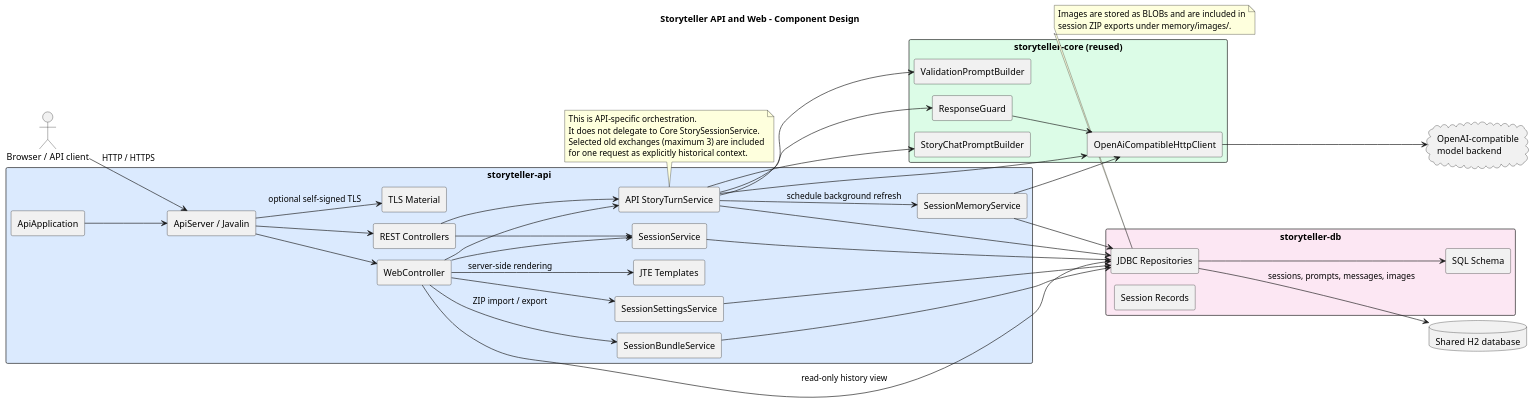
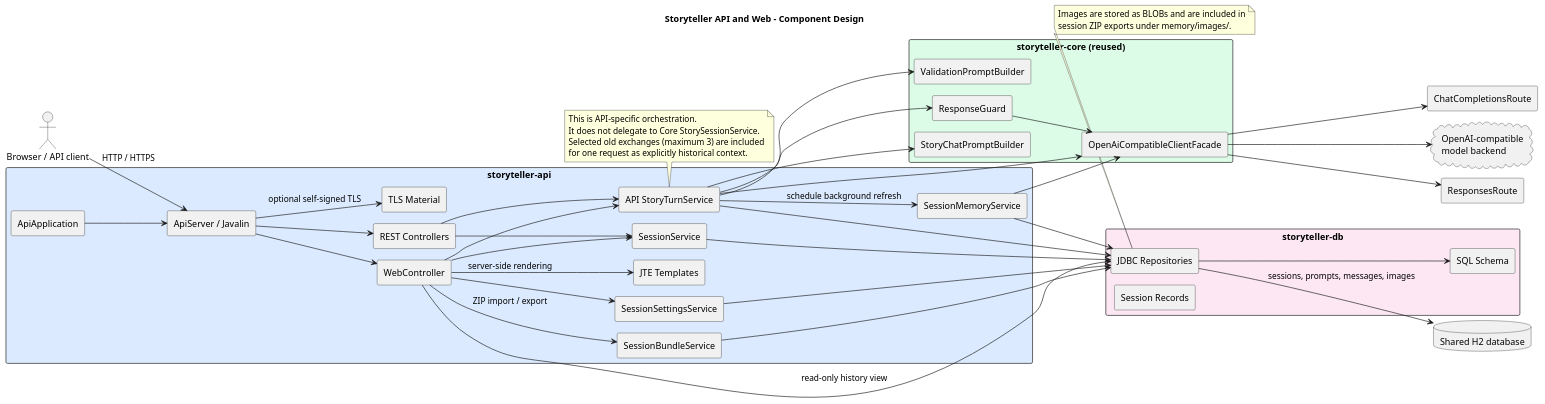
One commit to jbrugman/Assistant changed the diagram in docs/architecture/api/component-design.puml. Above: the diagram before and after it, drawn with PlantUML. The commit also changed 21 other files, not shown here.

Commit message:
Added a Responses-first OpenAI-compatible facade

```diff
--- a/docs/architecture/api/component-design.puml
+++ b/docs/architecture/api/component-design.puml
@@ -1,82 +1,84 @@
 @startuml
 !pragma layout smetana
 title Storyteller API and Web - Component Design
 
 left to right direction
 skinparam shadowing false
 skinparam componentStyle rectangle
 skinparam packageStyle rectangle
 
 actor "Browser / API client" as Client
 
 package "storyteller-api" #DBEAFE {
   [ApiApplication]
   [ApiServer / Javalin]
   [REST Controllers]
   [WebController]
   [JTE Templates]
   [SessionService]
   [SessionSettingsService]
   [SessionMemoryService]
   [API StoryTurnService]
   [SessionBundleService]
   [TLS Material]
 }
 
 package "storyteller-db" #FCE7F3 {
   [JDBC Repositories]
   [SQL Schema]
   [Session Records]
 }
 
 package "storyteller-core (reused)" #DCFCE7 {
   [StoryChatPromptBuilder]
   [ValidationPromptBuilder]
   [ResponseGuard]
-  [OpenAiCompatibleHttpClient]
+  [OpenAiCompatibleClientFacade]
 }
 
 database "Shared H2 database" as H2
 cloud "OpenAI-compatible\nmodel backend" as Backend
 
 Client --> [ApiServer / Javalin] : HTTP / HTTPS
 [ApiApplication] --> [ApiServer / Javalin]
 [ApiServer / Javalin] --> [REST Controllers]
 [ApiServer / Javalin] --> [WebController]
 [ApiServer / Javalin] --> [TLS Material] : optional self-signed TLS
 [WebController] --> [JTE Templates] : server-side rendering
 [REST Controllers] --> [SessionService]
 [REST Controllers] --> [API StoryTurnService]
 [WebController] --> [SessionService]
 [WebController] --> [SessionSettingsService]
 [WebController] --> [JDBC Repositories] : read-only history view
 [WebController] --> [API StoryTurnService]
 [WebController] --> [SessionBundleService] : ZIP import / export
 [SessionService] --> [JDBC Repositories]
 [SessionSettingsService] --> [JDBC Repositories]
 [API StoryTurnService] --> [SessionMemoryService] : schedule background refresh
 [SessionMemoryService] --> [JDBC Repositories]
-[SessionMemoryService] --> [OpenAiCompatibleHttpClient]
+[SessionMemoryService] --> [OpenAiCompatibleClientFacade]
 [API StoryTurnService] --> [JDBC Repositories]
 [SessionBundleService] --> [JDBC Repositories]
 [JDBC Repositories] --> H2 : sessions, prompts, messages, images
 [JDBC Repositories] --> [SQL Schema]
 [API StoryTurnService] --> [StoryChatPromptBuilder]
 [API StoryTurnService] --> [ValidationPromptBuilder]
 [API StoryTurnService] --> [ResponseGuard]
-[API StoryTurnService] --> [OpenAiCompatibleHttpClient]
-[ResponseGuard] --> [OpenAiCompatibleHttpClient]
-[OpenAiCompatibleHttpClient] --> Backend
+[API StoryTurnService] --> [OpenAiCompatibleClientFacade]
+[ResponseGuard] --> [OpenAiCompatibleClientFacade]
+[OpenAiCompatibleClientFacade] --> [ResponsesRoute]
+[OpenAiCompatibleClientFacade] --> [ChatCompletionsRoute]
+[OpenAiCompatibleClientFacade] --> Backend
 
 note bottom of [API StoryTurnService]
 This is API-specific orchestration.
 It does not delegate to Core StorySessionService.
 Selected old exchanges (maximum 3) are included
 for one request as explicitly historical context.
 end note
 
 note bottom of [JDBC Repositories]
 Images are stored as BLOBs and are included in
 session ZIP exports under memory/images/.
 end note
 @enduml
```
